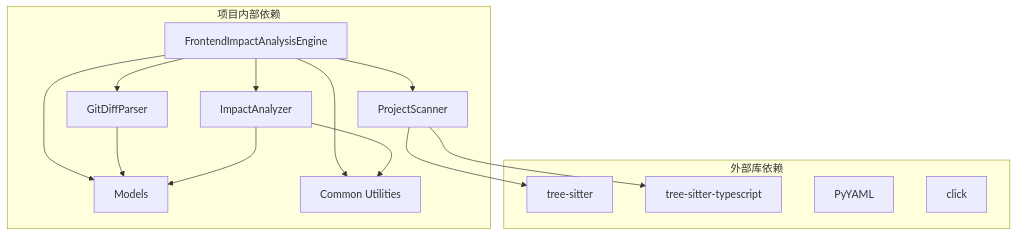
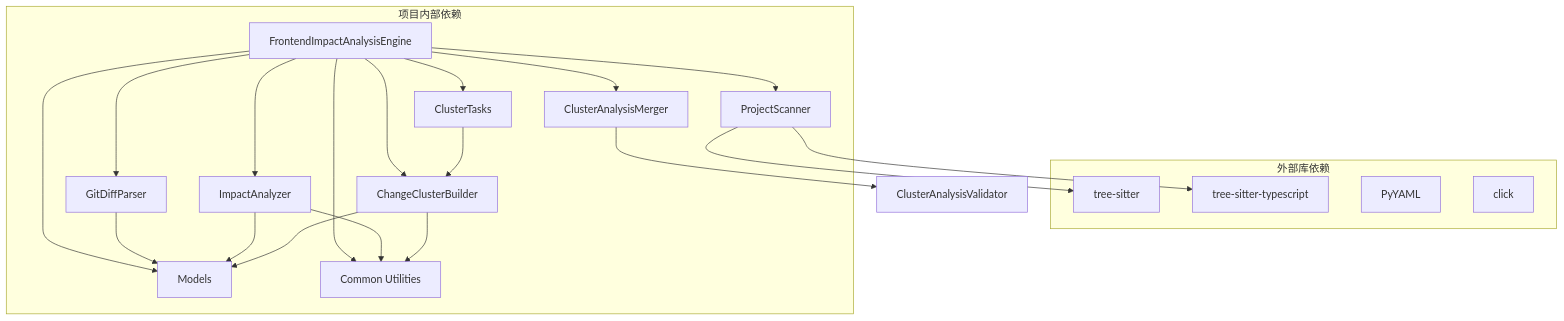
The sixth of 6 diagrams in .qoder/repowiki/zh/content/API参考/核心类与方法/FrontendImpactAnalysisEngine类.md (brand-new-remo/frontend-impact-analyzer), drawn with Mermaid before and after one commit. The commit also changed other lines of this file and 7 other files, not shown here.

````diff
--- a/.qoder/repowiki/zh/content/API参考/核心类与方法/FrontendImpactAnalysisEngine类.md
+++ b/.qoder/repowiki/zh/content/API参考/核心类与方法/FrontendImpactAnalysisEngine类.md
@@ -310,27 +379,37 @@
 ```mermaid
 graph TB
 subgraph "外部库依赖"
 TreeSitter[tree-sitter]
 TreeSitterTS[tree-sitter-typescript]
 PyYAML[PyYAML]
 Click[click]
 end
 subgraph "项目内部依赖"
 Engine[FrontendImpactAnalysisEngine]
 DiffParser[GitDiffParser]
 Scanner[ProjectScanner]
 Analyzer[ImpactAnalyzer]
 Models[Models]
 Common[Common Utilities]
+ClusterBuilder[ChangeClusterBuilder]
+ClusterTasks[ClusterTasks]
+ResultMerger[ClusterAnalysisMerger]
 end
 Engine --> DiffParser
 Engine --> Scanner
 Engine --> Analyzer
 Engine --> Models
 Engine --> Common
+Engine --> ClusterBuilder
+Engine --> ClusterTasks
+Engine --> ResultMerger
 Scanner --> TreeSitter
 Scanner --> TreeSitterTS
 DiffParser --> Models
 Analyzer --> Models
 Analyzer --> Common
+ClusterBuilder --> Models
+ClusterBuilder --> Common
+ClusterTasks --> ClusterBuilder
+ResultMerger --> ClusterAnalysisValidator
 ```
````
